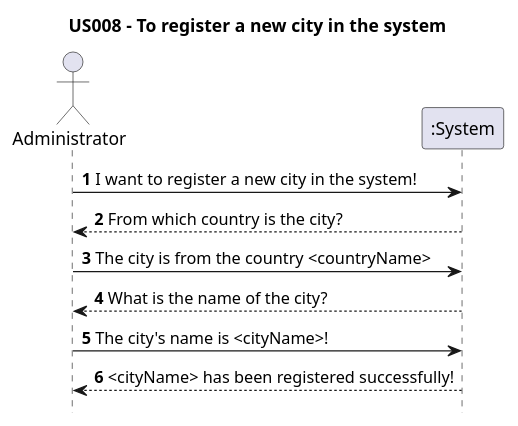
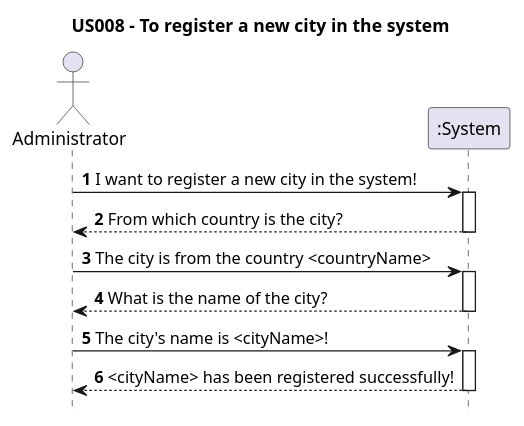
Before and after one commit to AndrePereiraGitH/SWitCH-Project-Team_A: the diagram in Diagrams/SequenceDiagrams/N1/US008-to-register-a-new-city-in-the-system.puml, drawn with PlantUML. The commit also changed 2 other files, not shown here.

```diff
--- a/Diagrams/SequenceDiagrams/N1/US008-to-register-a-new-city-in-the-system.puml
+++ b/Diagrams/SequenceDiagrams/N1/US008-to-register-a-new-city-in-the-system.puml
@@ -1,17 +1,23 @@
 @startuml
 
 hide footbox
 
 title US008 - To register a new city in the system
 
 actor Administrator
 participant ":System" as System
 
 'Human Interactions between Administrator and System
 Administrator -> System : **1** I want to register a new city in the system!
+activate System
 System --> Administrator : **2** From which country is the city?
+deactivate System
 Administrator -> System : **3** The city is from the country <countryName>
+activate System
 System --> Administrator : **4** What is the name of the city?
+deactivate System
 Administrator -> System : **5** The city's name is <cityName>!
+activate System
 System --> Administrator : **6** <cityName> has been registered successfully!
+deactivate System
 @enduml
```
